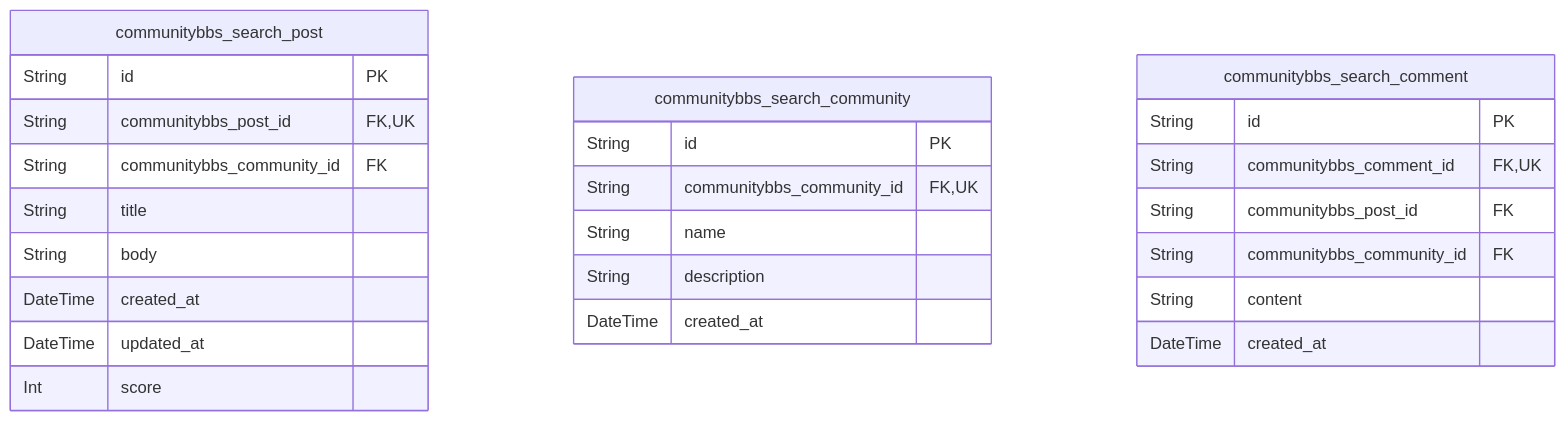
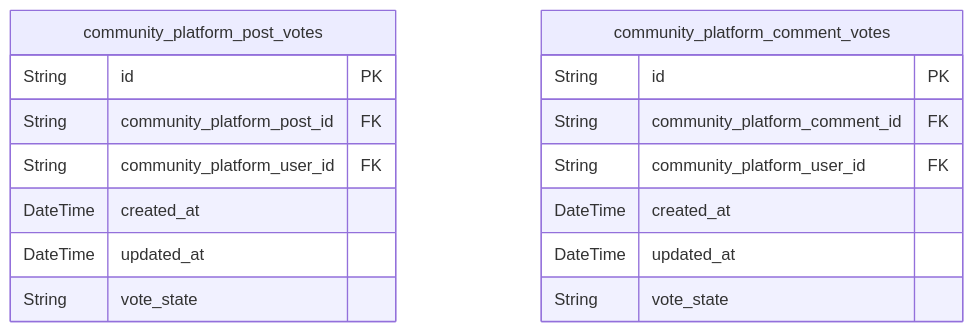
The fifth of 8 diagrams in docs/ERD.md (wrtnlabs/autobe-example-reddit-qwen-qwen3-next-80b-a3b-instruct), drawn with Mermaid before and after one commit. The commit also changed other lines of this file and 472 other files, not shown here.

````diff
--- a/docs/ERD.md
+++ b/docs/ERD.md
@@ -426,28 +297,19 @@
 ```mermaid
 erDiagram
-"communitybbs_search_post" {
+"community_platform_post_votes" {
   String id PK
-  String communitybbs_post_id FK,UK
-  String communitybbs_community_id FK
-  String title
-  String body
+  String community_platform_post_id FK
+  String community_platform_user_id FK
   DateTime created_at
   DateTime updated_at
-  Int score
+  String vote_state
 }
-"communitybbs_search_community" {
+"community_platform_comment_votes" {
   String id PK
-  String communitybbs_community_id FK,UK
-  String name
-  String description
+  String community_platform_comment_id FK
+  String community_platform_user_id FK
   DateTime created_at
-}
-"communitybbs_search_comment" {
-  String id PK
-  String communitybbs_comment_id FK,UK
-  String communitybbs_post_id FK
-  String communitybbs_community_id FK
-  String content
-  DateTime created_at
+  DateTime updated_at
+  String vote_state
 }
 ```
````
